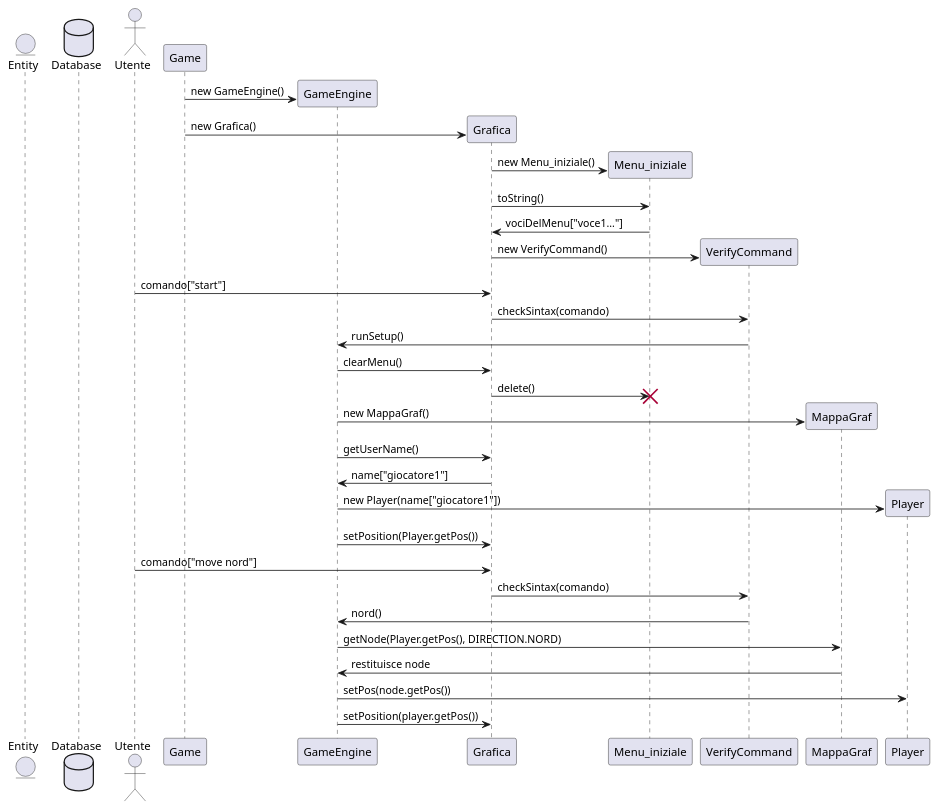
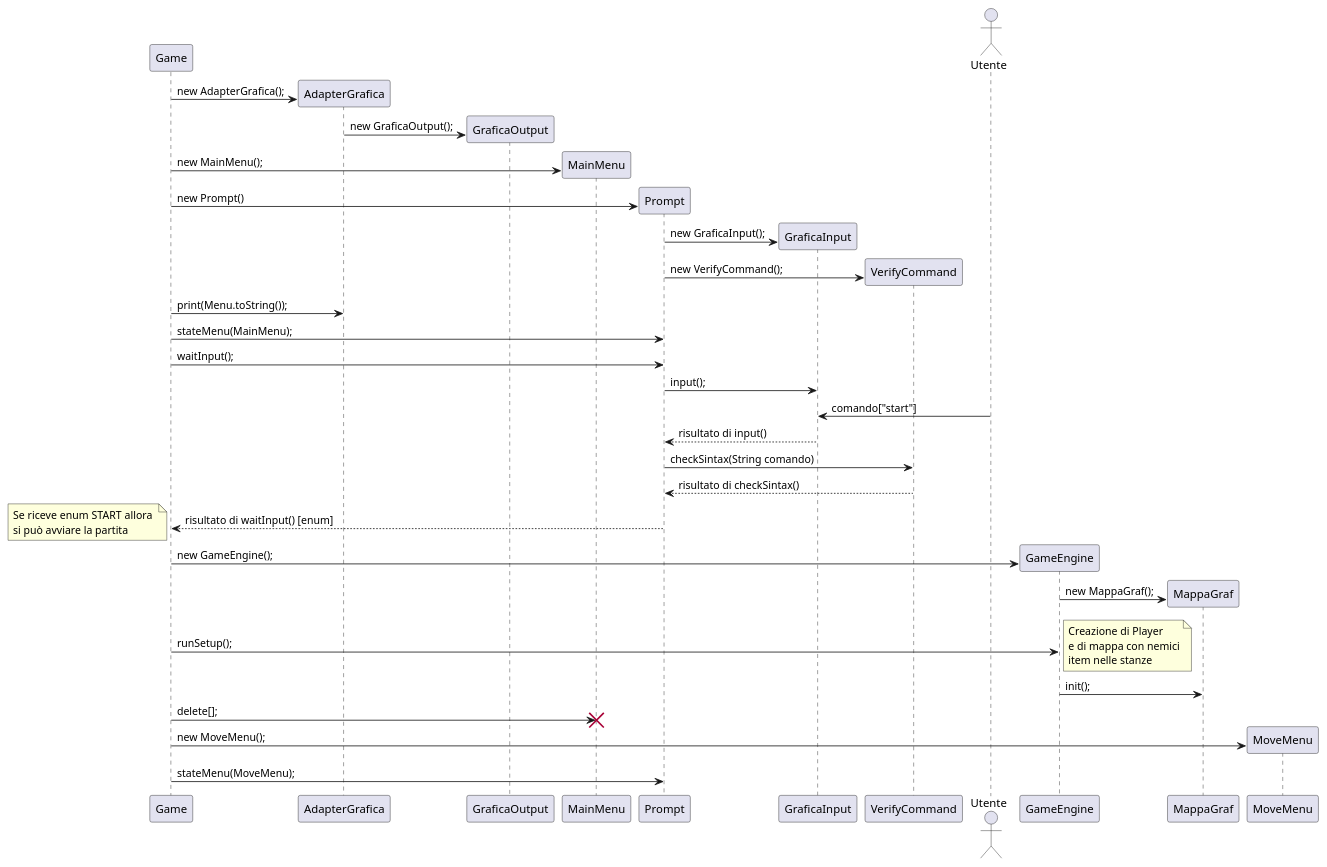
Before and after one commit to PdP03/ACMD: the diagram in DiagrammiUML/SequenceDiagram.puml, drawn with PlantUML.

Commit message:
Aggiunto Sequence Diagram di avvio di una partita

```diff
--- a/DiagrammiUML/SequenceDiagram.puml
+++ b/DiagrammiUML/SequenceDiagram.puml
@@ -1,50 +1,56 @@
 @startuml
 
-entity      Entity      as Foo4
-database    Database    as Foo5
+
+
+participant Game as ga
+
+/'---------------- INIZIALIZZAZIONE OGGETTI ----------------'/
+create AdapterGrafica
+ga -> AdapterGrafica: new AdapterGrafica();
+create GraficaOutput
+AdapterGrafica -> GraficaOutput: new GraficaOutput();
+create MainMenu
+ga -> MainMenu: new MainMenu();
+create Prompt
+ga -> Prompt : new Prompt()
+create GraficaInput
+Prompt -> GraficaInput : new GraficaInput();
+create VerifyCommand
+Prompt -> VerifyCommand: new VerifyCommand();
 
 actor Utente as u
-participant Game as ga
 
-/'--------------------AVVIO DEL GIOCO'/
+/'---------------- AVVIO MENU INIZIALE ----------------'/
+ga -> AdapterGrafica : print(Menu.toString());
+ga -> Prompt : stateMenu(MainMenu);
+ga -> Prompt : waitInput();
+Prompt -> GraficaInput : input();
+u -> GraficaInput : comando["start"]
+GraficaInput --> Prompt : risultato di input()
+Prompt -> VerifyCommand : checkSintax(String comando)
+VerifyCommand --> Prompt: risultato di checkSintax()
+Prompt --> ga : risultato di waitInput() [enum]
+note left
+Se riceve enum START allora 
+si può avviare la partita
+end note
+
+/'---------------- AVVIO PARTITA ----------------'/
 create GameEngine
-ga -> GameEngine : new GameEngine()
-create Grafica
-ga -> Grafica : new Grafica()
-/'-----CREAZIONE MENU INIZIALE'/
-create Menu_iniziale
-Grafica -> Menu_iniziale : new Menu_iniziale()
-Grafica -> Menu_iniziale : toString()
-Menu_iniziale -> Grafica : vociDelMenu["voce1..."]
-/'-----CREAZIONE VERIFY_COMMAND'/
-create VerifyCommand
-Grafica -> VerifyCommand : new VerifyCommand()
-
-/'****************************COMANDO START INVIATO DA UTENTE****************************'/
-u -> Grafica : comando["start"]
-Grafica -> VerifyCommand : checkSintax(comando)
-VerifyCommand -> GameEngine : runSetup()
-GameEngine -> Grafica : clearMenu()
-Grafica -> Menu_iniziale : delete()
-destroy Menu_iniziale  /'fine della vita del menu_iniziale'/
-/'-----CREAZIONE MAPPA_GRAF'/
+ga -> GameEngine : new GameEngine();
 create MappaGraf
-GameEngine -> MappaGraf : new MappaGraf()
-GameEngine -> Grafica : getUserName()
-Grafica -> GameEngine : name["giocatore1"]
-/'-----CREAZIONE PLAYER'/
-create Player
-GameEngine -> Player : new Player(name["giocatore1"])
-GameEngine -> Grafica: setPosition(Player.getPos())
-
-/'****************************COMANDO MOVE <DIRECTION> INVIATO DA UTENTE****************************'/
-u -> Grafica : comando["move nord"]
-Grafica -> VerifyCommand : checkSintax(comando) 
-VerifyCommand -> GameEngine : nord()
-GameEngine -> MappaGraf : getNode(Player.getPos(), DIRECTION.NORD)
-MappaGraf -> GameEngine : restituisce node
-GameEngine -> Player : setPos(node.getPos())
-GameEngine -> Grafica : setPosition(player.getPos())
-
+GameEngine -> MappaGraf: new MappaGraf();
+ga -> GameEngine : runSetup();
+note right
+Creazione di Player
+e di mappa con nemici
+item nelle stanze
+end note
+GameEngine -> MappaGraf : init();
+ga -> MainMenu : delete[];
+destroy MainMenu
+create MoveMenu
+ga -> MoveMenu: new MoveMenu();
+ga -> Prompt : stateMenu(MoveMenu);
 
 @enduml
```
